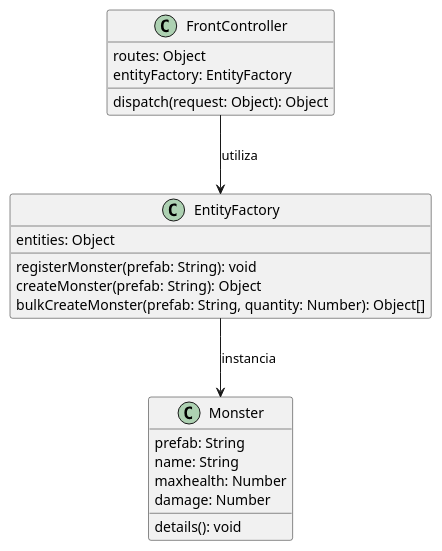
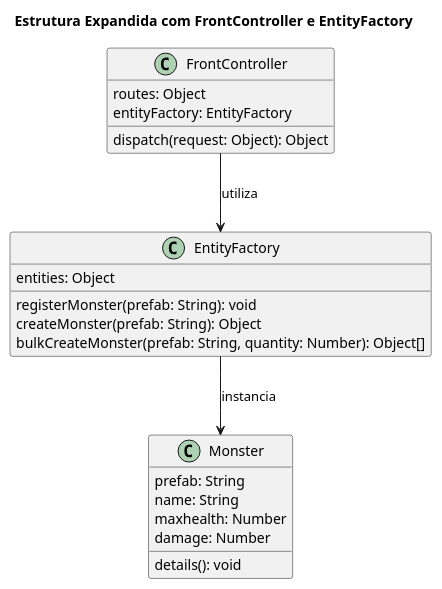
Before and after one commit to 20242-ifba-saj-ads-ppr/seminario-ppr-estrutural-front-controller-builder: the diagram in README.md, drawn with PlantUML.

````diff
--- a/README.md
+++ b/README.md
@@ -9,29 +9,29 @@
 ```plantuml
-Diagrama UML
-@startuml title Estrutura Expandida com FrontController e EntityFactory
+@startuml
+title Estrutura Expandida com FrontController e EntityFactory
 
 class FrontController {
     routes: Object
     entityFactory: EntityFactory
     dispatch(request: Object): Object 
 }
 
 class EntityFactory {
     entities: Object
     registerMonster(prefab: String): void
     createMonster(prefab: String): Object
     bulkCreateMonster(prefab: String, quantity: Number): Object[] 
 }
 
 class Monster {
     prefab: String
     name: String
     maxhealth: Number
     damage: Number
     details(): void 
 }
 
 FrontController --> EntityFactory : utiliza 
 EntityFactory --> Monster : instancia
 @enduml
 ``` 
````
